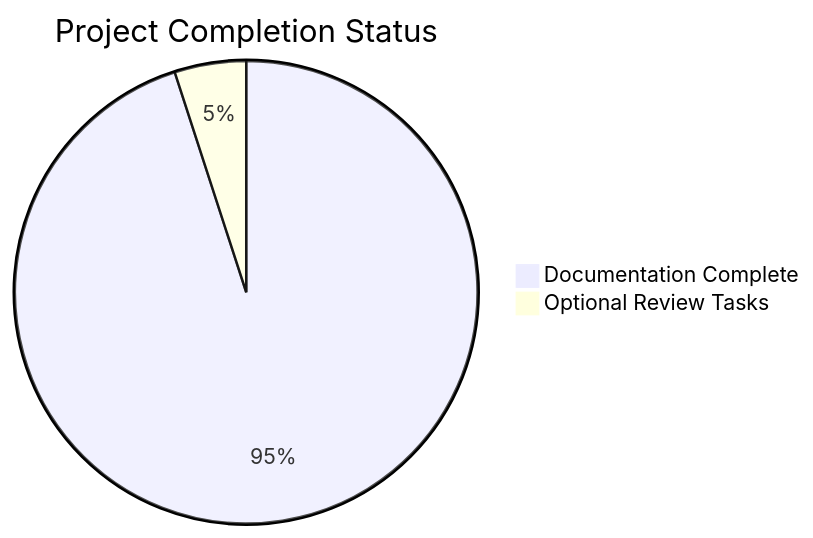
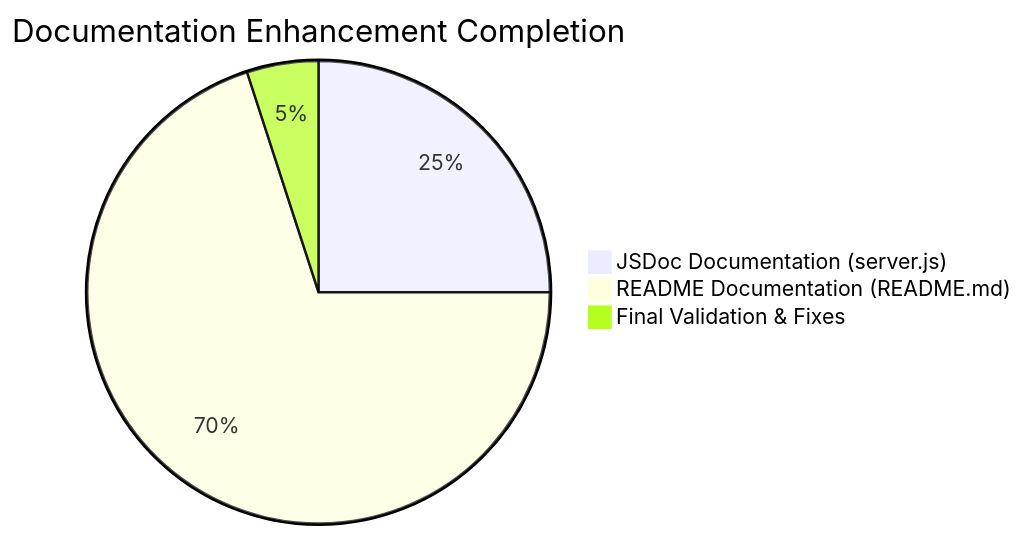
One commit to lakshya-blitzy/hello_world_Oct_2025 changed the first of 2 diagrams in blitzy/documentation/Project Guide.md. Above: the diagram before and after it, drawn with Mermaid. The commit also changed other lines of this file, not shown here.

Commit message:
Adding Blitzy Project Guide: Project Status and Human Tasks Remaining

````diff
--- a/blitzy/documentation/Project Guide.md
+++ b/blitzy/documentation/Project Guide.md
@@ -959,5 +184,6 @@
 ```mermaid
-pie title Project Completion Status
-    "Documentation Complete" : 95
-    "Optional Review Tasks" : 5
+pie title Documentation Enhancement Completion
+    "JSDoc Documentation (server.js)" : 25
+    "README Documentation (README.md)" : 70
+    "Final Validation & Fixes" : 5
 ```
````
